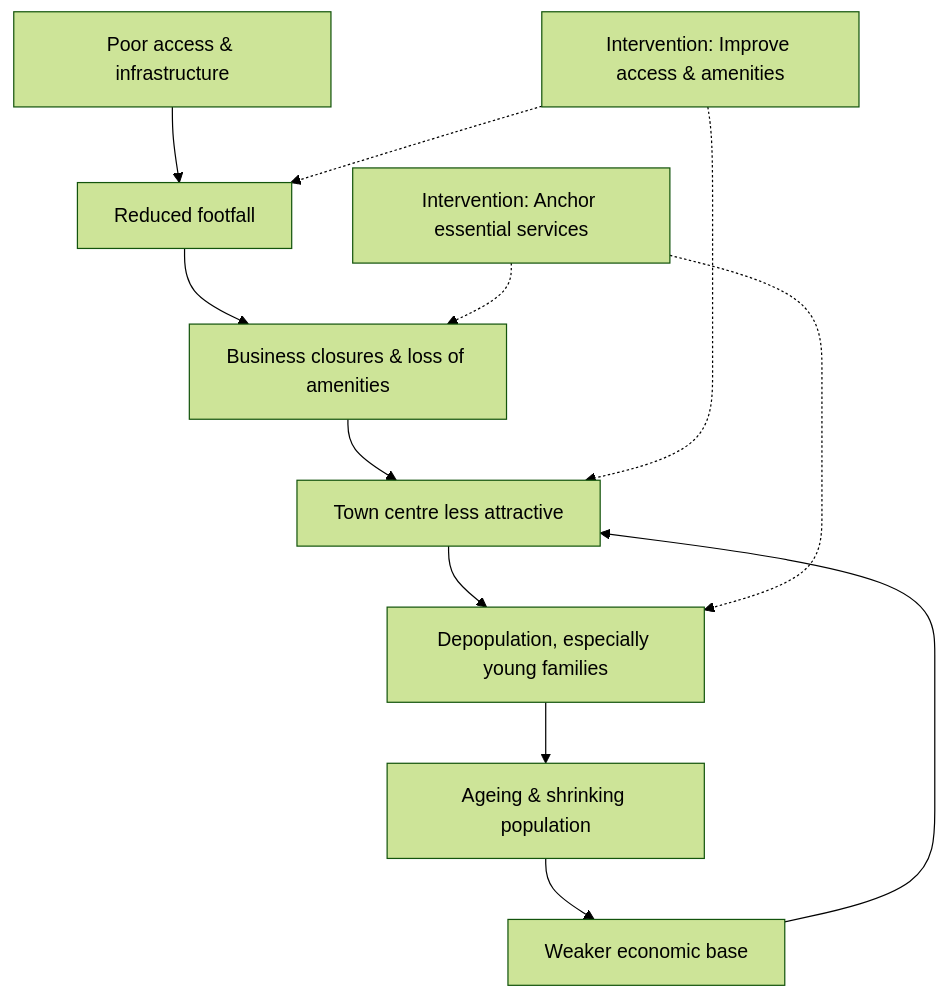
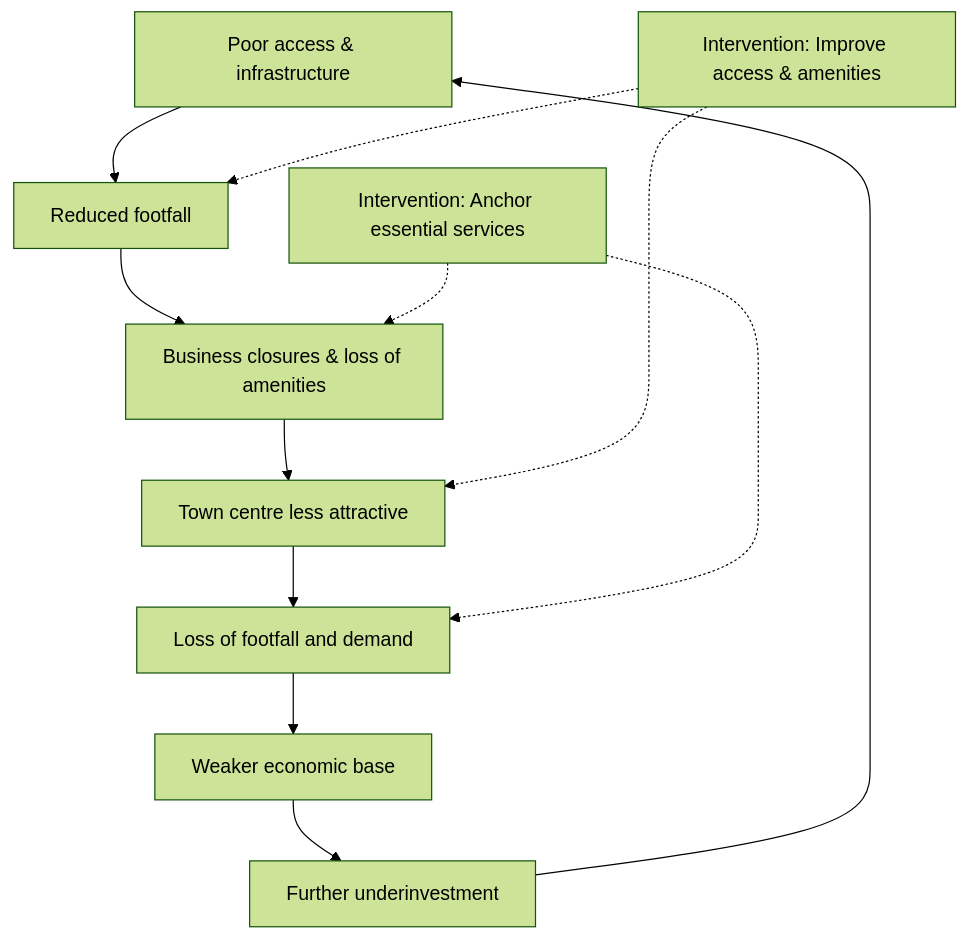
Before and after one commit to JonMinton/ayr-town-centre-vitality: the diagram in docs/background.qmd, drawn with Mermaid (forest theme). The commit also changed other lines of this file and 14 other files, not shown here.

````diff
--- a/docs/background.qmd
+++ b/docs/background.qmd
@@ -25,15 +25,15 @@
 ```{mermaid}
 graph TD
     A[Poor access & infrastructure] --> B[Reduced footfall]
     B --> C[Business closures & loss of amenities]
     C --> D[Town centre less attractive]
-    D --> E[Depopulation, especially young families]
-    E --> F[Ageing & shrinking population]
-    F --> G[Weaker economic base]
-    G --> D
+    D --> E[Loss of footfall and demand]
+    E --> F[Weaker economic base]
+    F --> G[Further underinvestment]
+    G --> A
 
     H[Intervention: Improve access & amenities] -.-> B
     I[Intervention: Anchor essential services] -.-> C
     H -.-> D
     I -.-> E
 ```
````
